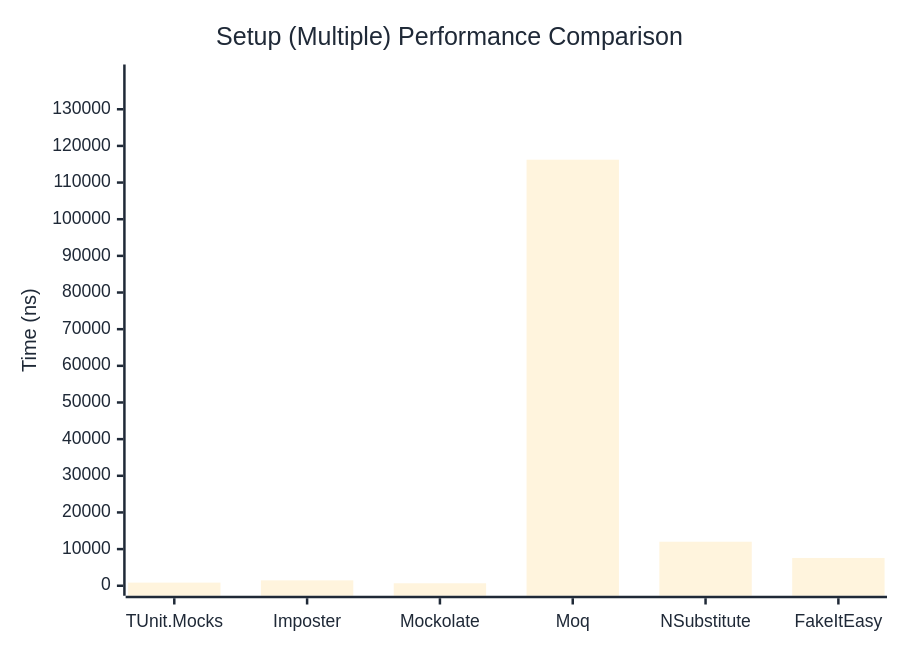
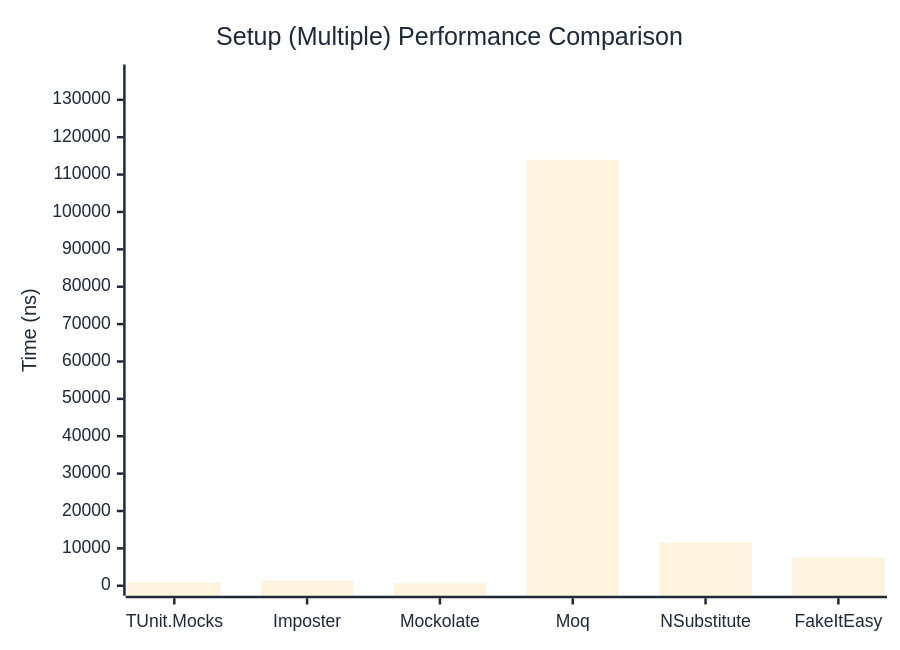
Before and after one commit to thomhurst/TUnit: the second of 2 diagrams in docs/docs/benchmarks/mocks/Setup.md, drawn with Mermaid. The commit also changed other lines of this file and 14 other files, not shown here.

````diff
--- a/docs/docs/benchmarks/mocks/Setup.md
+++ b/docs/docs/benchmarks/mocks/Setup.md
@@ -69,27 +69,27 @@
 ```mermaid
 %%{init: {
   'theme':'base',
   'themeVariables': {
     'primaryColor': '#2563eb',
     'primaryTextColor': '#1f2937',
     'primaryBorderColor': '#1e40af',
     'lineColor': '#6b7280',
     'secondaryColor': '#7c3aed',
     'tertiaryColor': '#dc2626',
     'background': '#ffffff',
     'pie1': '#2563eb',
     'pie2': '#7c3aed',
     'pie3': '#dc2626',
     'pie4': '#f59e0b',
     'pie5': '#10b981',
     'pie6': '#06b6d4',
     'pie7': '#ec4899',
     'pie8': '#6366f1'
   }
 }}%%
 xychart-beta
   title "Setup (Multiple) Performance Comparison"
   x-axis ["TUnit.Mocks", "Imposter", "Mockolate", "Moq", "NSubstitute", "FakeItEasy"]
-  y-axis "Time (ns)" 0 --> 139483
-  bar [853, 1472.1, 673.6, 116235.7, 12008.6, 7578.7]
+  y-axis "Time (ns)" 0 --> 136776
+  bar [845.1, 1352.8, 663.3, 113979.4, 11534.6, 7531.7]
 ```
````
